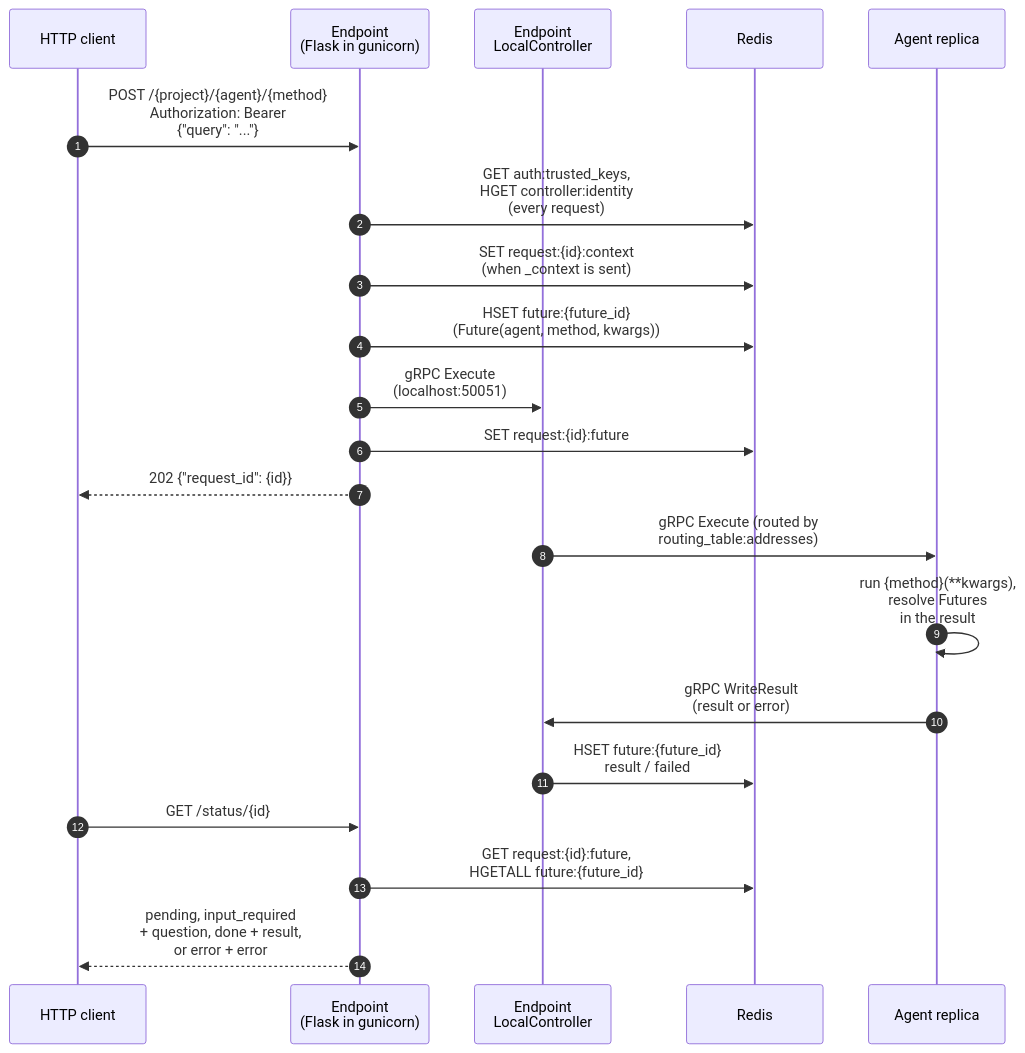
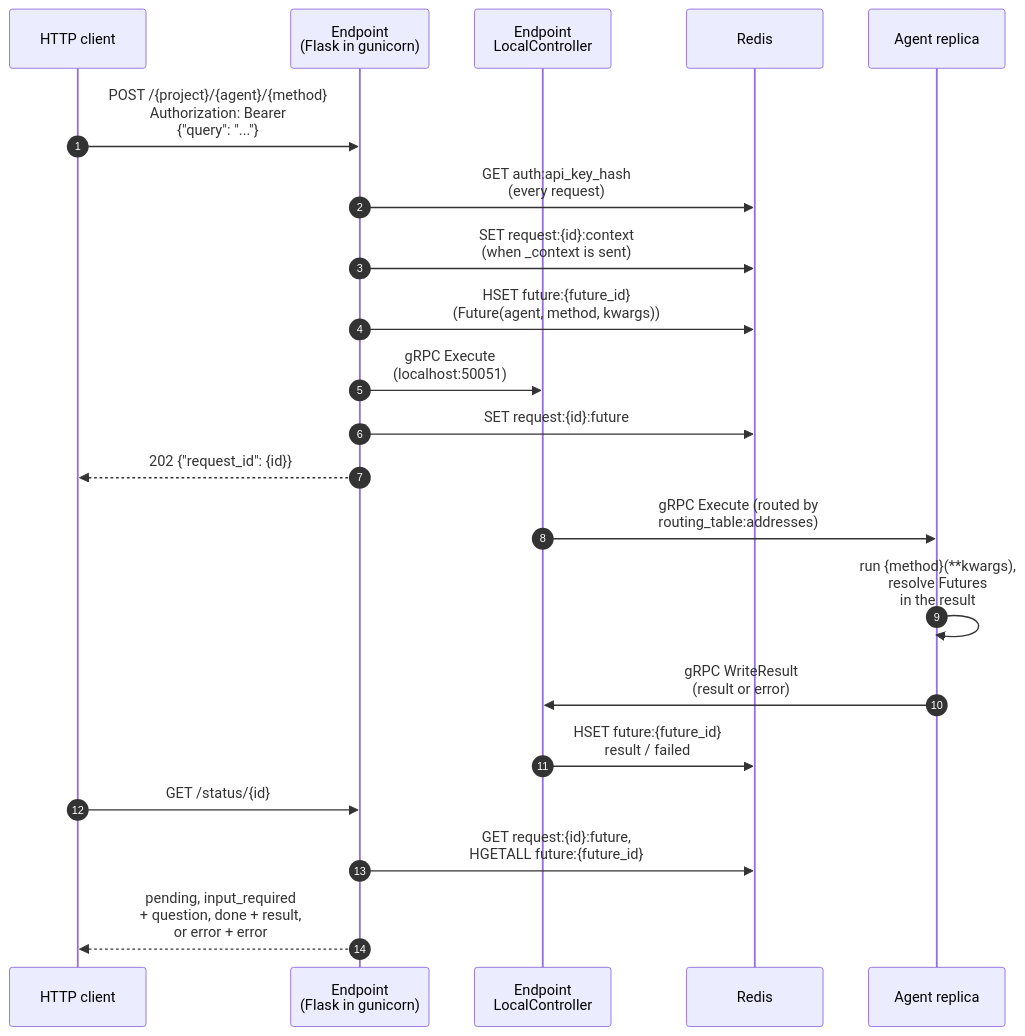
The diagram in docs/architecture/ENDPOINT.md (CanyonCodeCoreAI/canyonos), drawn with Mermaid before and after one commit. The commit also changed other lines of this file and 190 other files, not shown here.

````diff
--- a/docs/architecture/ENDPOINT.md
+++ b/docs/architecture/ENDPOINT.md
@@ -15,24 +15,24 @@
 ```mermaid
 sequenceDiagram
     autonumber
     participant C as HTTP client
     participant E as Endpoint<br/>(Flask in gunicorn)
     participant LC as Endpoint<br/>LocalController
     participant R as Redis
     participant A as Agent replica
 
     C->>E: POST /{project}/{agent}/{method}<br/>Authorization: Bearer<br/>{"query": "..."}
-    E->>R: GET auth:trusted_keys,<br/>HGET controller:identity<br/>(every request)
+    E->>R: GET auth:api_key_hash<br/>(every request)
     E->>R: SET request:{id}:context<br/>(when _context is sent)
     E->>R: HSET future:{future_id}<br/>(Future(agent, method, kwargs))
     E->>LC: gRPC Execute<br/>(localhost:50051)
     E->>R: SET request:{id}:future
     E-->>C: 202 {"request_id": {id}}
     LC->>A: gRPC Execute (routed by<br/>routing_table:addresses)
     A->>A: run {method}(**kwargs),<br/>resolve Futures<br/>in the result
     A->>LC: gRPC WriteResult<br/>(result or error)
     LC->>R: HSET future:{future_id}<br/>result / failed
     C->>E: GET /status/{id}
     E->>R: GET request:{id}:future,<br/>HGETALL future:{future_id}
     E-->>C: pending, input_required<br/>+ question, done + result,<br/>or error + error
 ```
````
